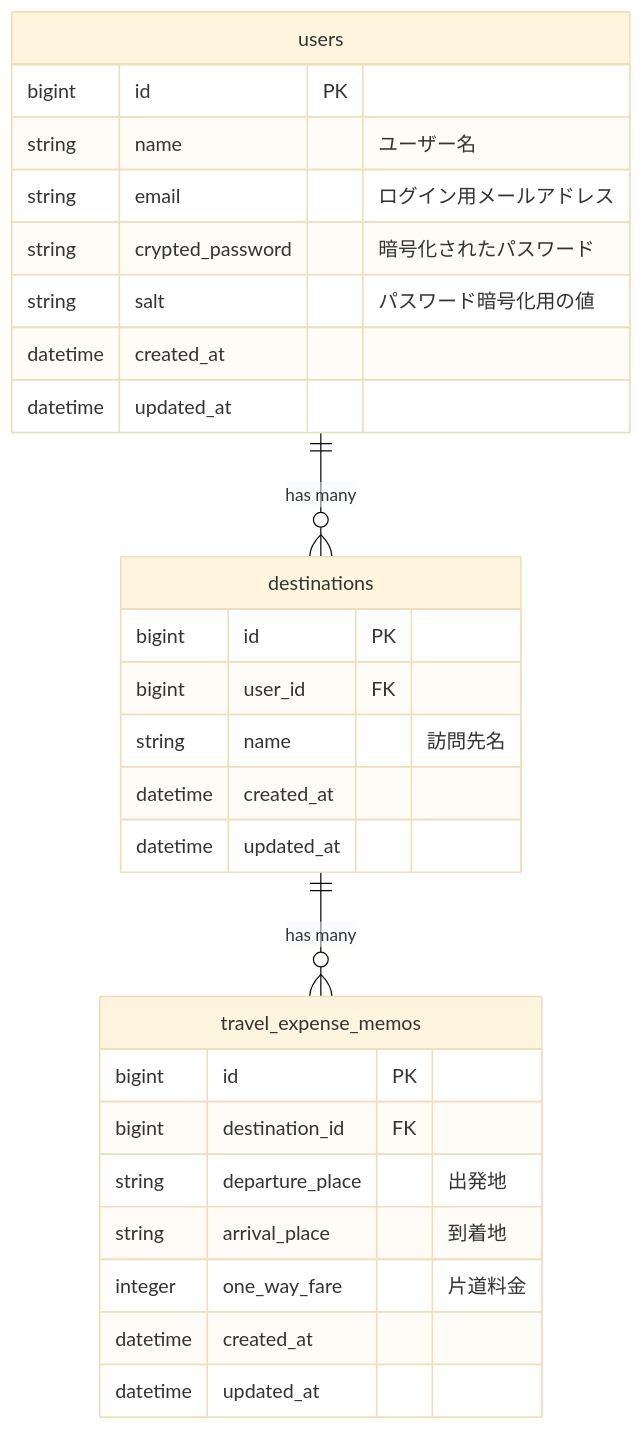
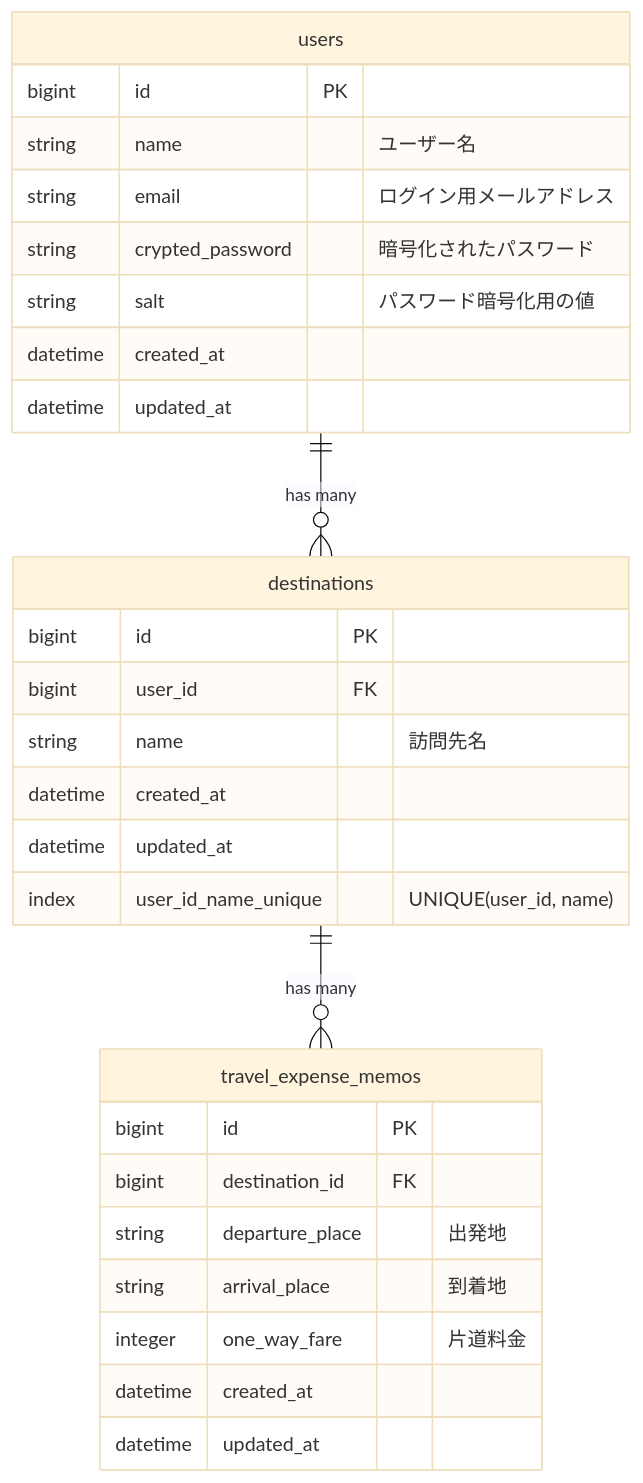
Before and after one commit to ringowasabi/-graduation_app: the diagram in docs/er_diagram.md, drawn with Mermaid (base theme). The commit also changed other lines of this file and 1 other file, not shown here.

Commit message:
docs: add unique constraint to destinations

````diff
--- a/docs/er_diagram.md
+++ b/docs/er_diagram.md
@@ -5,33 +5,34 @@
 ```mermaid
 erDiagram
   users ||--o{ destinations : "has many"
   destinations ||--o{ travel_expense_memos : "has many"
 
   users {
     bigint id PK
     string name "ユーザー名"
     string email "ログイン用メールアドレス"
     string crypted_password "暗号化されたパスワード"
     string salt "パスワード暗号化用の値"
     datetime created_at
     datetime updated_at
   }
 
   destinations {
     bigint id PK
     bigint user_id FK
     string name "訪問先名"
     datetime created_at
     datetime updated_at
+    index user_id_name_unique "UNIQUE(user_id, name)"
   }
 
   travel_expense_memos {
     bigint id PK
     bigint destination_id FK
     string departure_place "出発地"
     string arrival_place "到着地"
     integer one_way_fare "片道料金"
     datetime created_at
     datetime updated_at
   }
 ```
````
